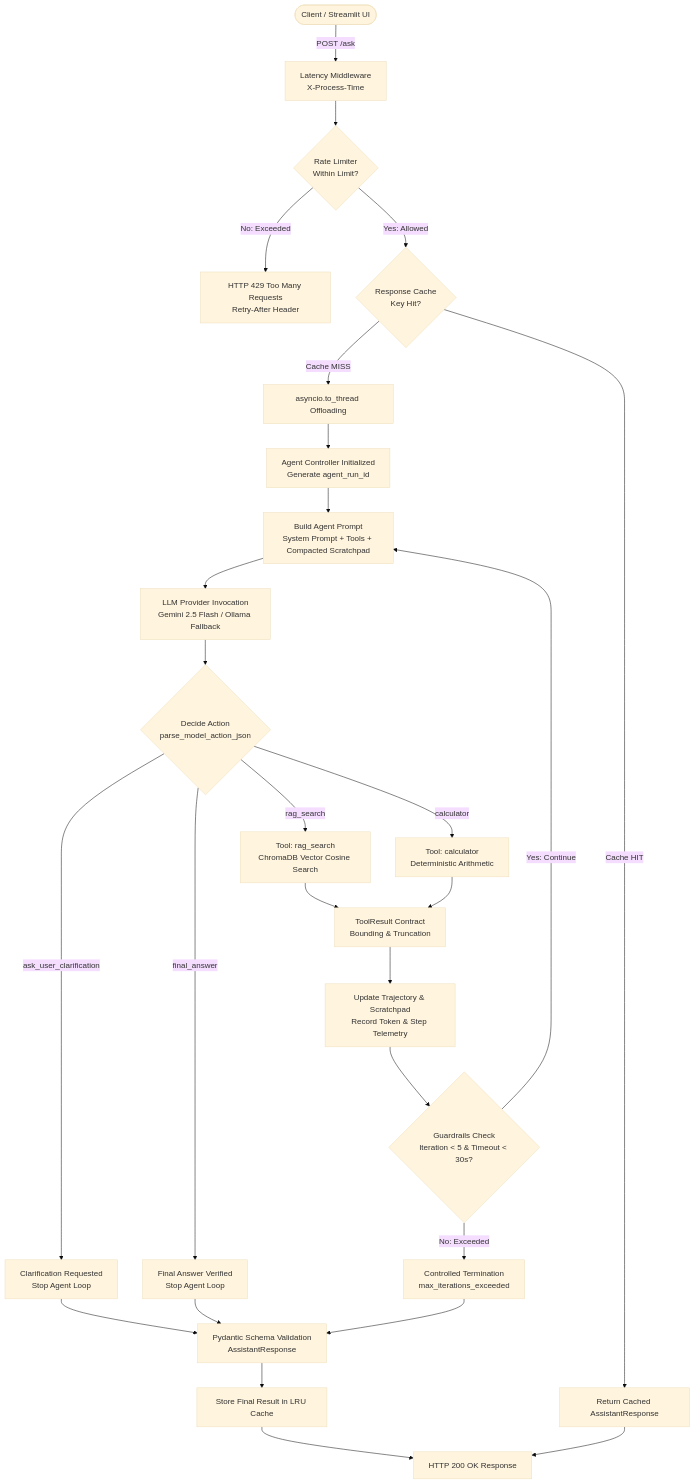
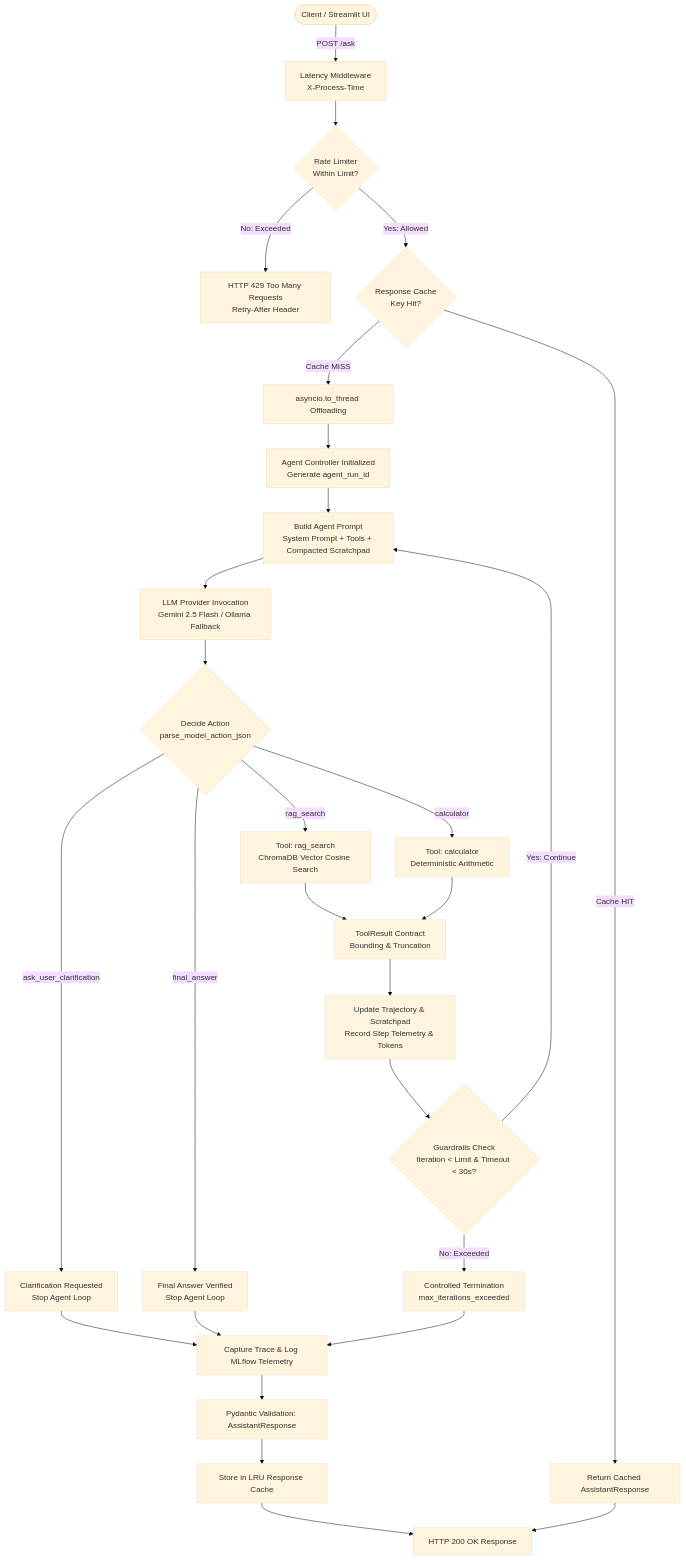
One commit to HimalBhandari05/AI-Assistant changed the diagram in README.md. Above: the diagram before and after it, drawn with Mermaid (base theme). The commit also changed other lines of this file and 35 other files, not shown here.

````diff
--- a/README.md
+++ b/README.md
@@ -92,36 +45,37 @@
 ```mermaid
 flowchart TD
     User([Client / Streamlit UI]) -->|POST /ask| Middleware[Latency Middleware\nX-Process-Time]
     Middleware --> RateLimiter{Rate Limiter\nWithin Limit?}
     RateLimiter -->|No: Exceeded| Err429[HTTP 429 Too Many Requests\nRetry-After Header]
     RateLimiter -->|Yes: Allowed| CacheCheck{Response Cache\nKey Hit?}
     CacheCheck -->|Cache HIT| ReturnCached[Return Cached AssistantResponse]
     CacheCheck -->|Cache MISS| Threadpool[asyncio.to_thread Offloading]
     
     Threadpool --> AgentInit[Agent Controller Initialized\nGenerate agent_run_id]
     AgentInit --> ContextBuilder[Build Agent Prompt\nSystem Prompt + Tools + Compacted Scratchpad]
     
     ContextBuilder --> LLMCall[LLM Provider Invocation\nGemini 2.5 Flash / Ollama Fallback]
     LLMCall --> ActionParse{Decide Action\nparse_model_action_json}
     
     ActionParse -->|rag_search| ToolRAG[Tool: rag_search\nChromaDB Vector Cosine Search]
     ActionParse -->|calculator| ToolCalc[Tool: calculator\nDeterministic Arithmetic]
     ActionParse -->|ask_user_clarification| ClarifyState[Clarification Requested\nStop Agent Loop]
     ActionParse -->|final_answer| FinalState[Final Answer Verified\nStop Agent Loop]
     
     ToolRAG --> ToolContract[ToolResult Contract\nBounding & Truncation]
     ToolCalc --> ToolContract
     
-    ToolContract --> ScratchpadUpdate[Update Trajectory & Scratchpad\nRecord Token & Step Telemetry]
-    ScratchpadUpdate --> GuardCheck{Guardrails Check\nIteration < 5 & Timeout < 30s?}
+    ToolContract --> ScratchpadUpdate[Update Trajectory & Scratchpad\nRecord Step Telemetry & Tokens]
+    ScratchpadUpdate --> GuardCheck{Guardrails Check\nIteration < Limit & Timeout < 30s?}
     GuardCheck -->|Yes: Continue| ContextBuilder
     GuardCheck -->|No: Exceeded| SafeTerm[Controlled Termination\nmax_iterations_exceeded]
     
-    ClarifyState --> Validate[Pydantic Schema Validation\nAssistantResponse]
-    FinalState --> Validate
-    SafeTerm --> Validate
+    ClarifyState --> TraceLogger[Capture Trace & Log MLflow Telemetry]
+    FinalState --> TraceLogger
+    SafeTerm --> TraceLogger
     
-    Validate --> CacheStore[Store Final Result in LRU Cache]
+    TraceLogger --> Validate[Pydantic Validation: AssistantResponse]
+    Validate --> CacheStore[Store in LRU Response Cache]
     CacheStore --> Success[HTTP 200 OK Response]
     ReturnCached --> Success
 ```
````
